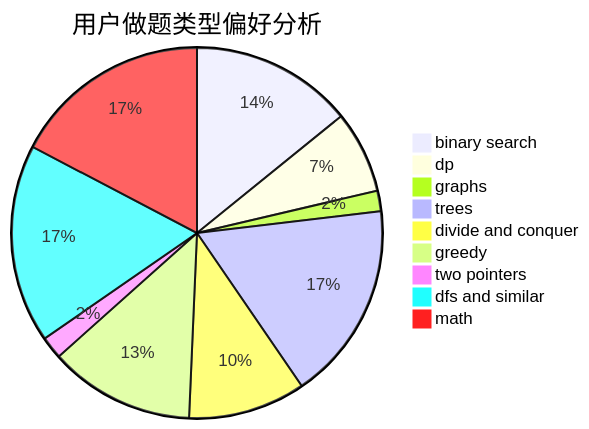
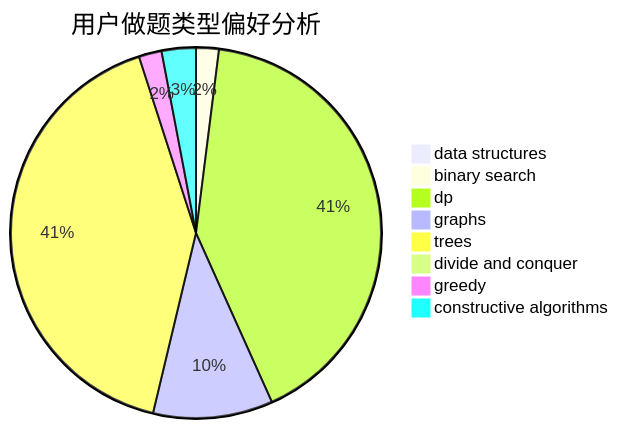
The second of 3 diagrams in docs/user/u1080.md (sherpahu/cfrs.github.io), drawn with Mermaid before and after one commit. The commit also changed other lines of this file and 2775 other files, not shown here.

````diff
--- a/docs/user/u1080.md
+++ b/docs/user/u1080.md
@@ -23,12 +23,11 @@
 ```mermaid
 pie title 用户做题类型偏好分析
-    "binary search" :  166
-    "dp" :  84
+    "data structures" :  0
+    "binary search" :  4
+    "dp" :  83
     "graphs" :  21
-    "trees" :  203
-    "divide and conquer" :  120
-    "greedy" :  149
-    "two pointers" :  23
-    "dfs and similar" :  203
-    "math" :  203
+    "trees" :  83
+    "divide and conquer" :  0
+    "greedy" :  4
+    "constructive algorithms" :  6
 ```
````
